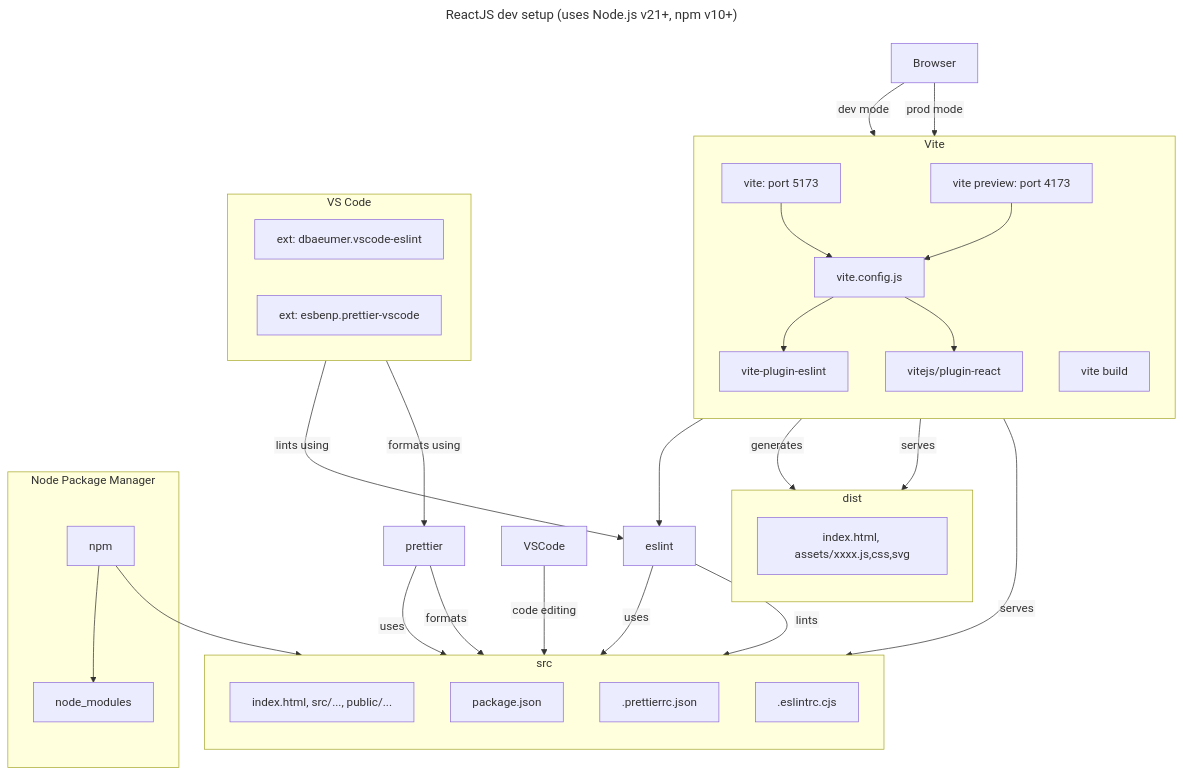
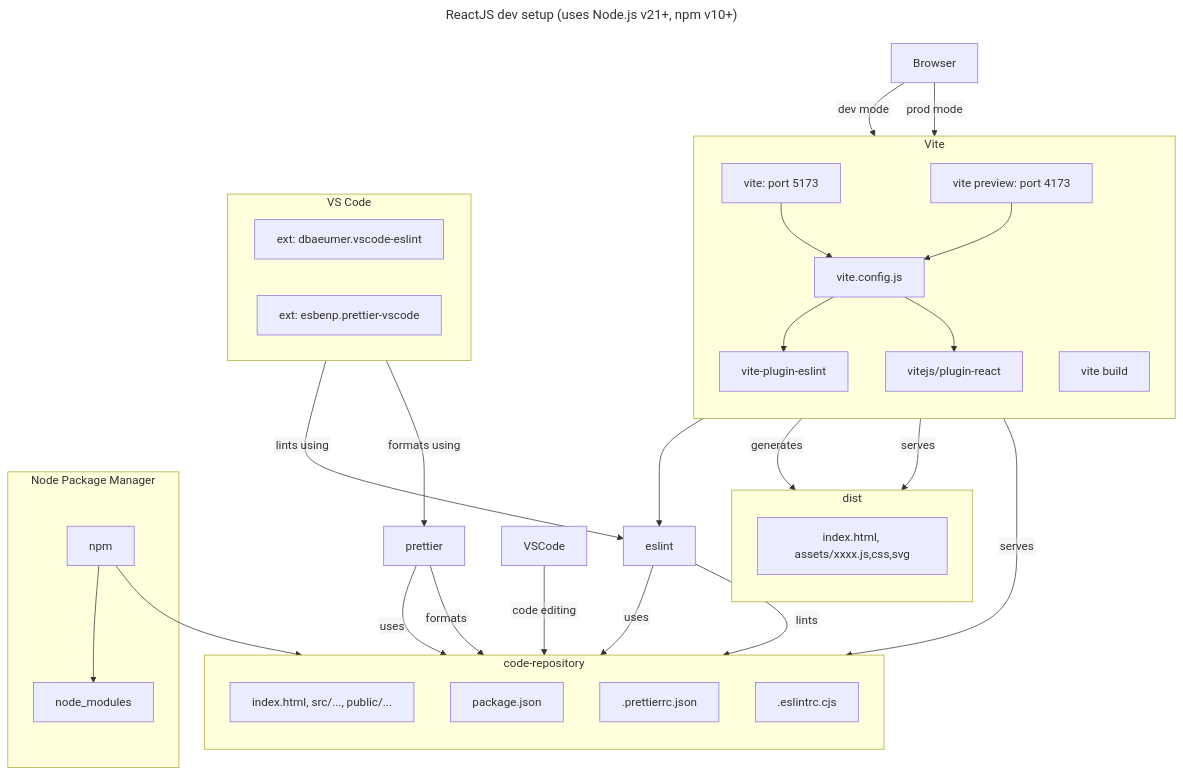
The diagram in README.md (zen-code-symphony/reactconcepts), drawn with Mermaid before and after one commit.

Commit message:
docs: updated the dia.

````diff
--- a/README.md
+++ b/README.md
@@ -11,50 +11,50 @@
 ```mermaid
 ---
 title: ReactJS dev setup (uses Node.js v21+, npm v10+)
 ---
 %%{init: {"flowchart": {"htmlLabels": false}} }%%
 flowchart TB
     subgraph Vite
         direction TB
         viteserver[vite: port 5173] --> viteconfig[vite.config.js]
         vitepreview[vite preview: port 4173] --> viteconfig
         viteconfig --> viteplugineslint[vite-plugin-eslint]
         viteconfig --> vitejspluginreact[vitejs/plugin-react]
         vitebuild[vite build]
     end
     subgraph dist
         direction TB
         index.html1[index.html, assets/xxxx.js,css,svg]
     end
-    subgraph src
+    subgraph code-repository
         direction TB
         index.html2[index.html, src/..., public/...]
         packagejson[package.json]
         prettierconfig[.prettierrc.json]
         eslintconfig[.eslintrc.cjs]
     end
     prettier --uses--> prettierconfig
     eslint --uses--> eslintconfig
     subgraph VS Code
         direction LR
         vscode-eslint[ext: dbaeumer.vscode-eslint]
         vscode-prettier[ext: esbenp.prettier-vscode]
     end
     subgraph Node Package Manager
         npm --> packagejson
         npm --> node_modules
     end
 
     viteplugineslint --> eslint
     eslint --lints--> index.html2
     prettier --formats--> index.html2
-    VSCode --code editing--> src
+    VSCode --code editing--> code-repository
     vscode-eslint --lints using--> eslint
     vscode-prettier --formats using--> prettier
 
     vitebuild --generates--> dist
     vitepreview --serves--> dist
-    viteserver --serves --> src
+    viteserver --serves --> index.html2
     Browser --dev mode--> viteserver
     Browser --prod mode--> vitepreview
 ```
````
